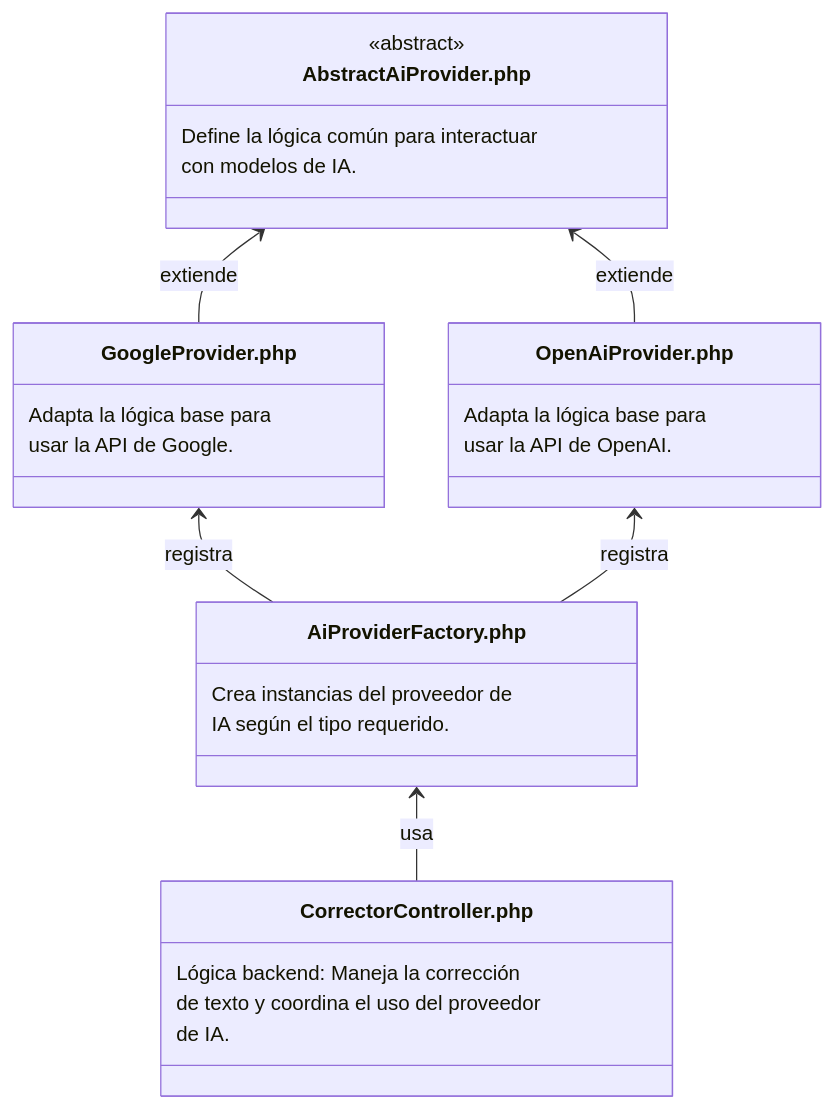
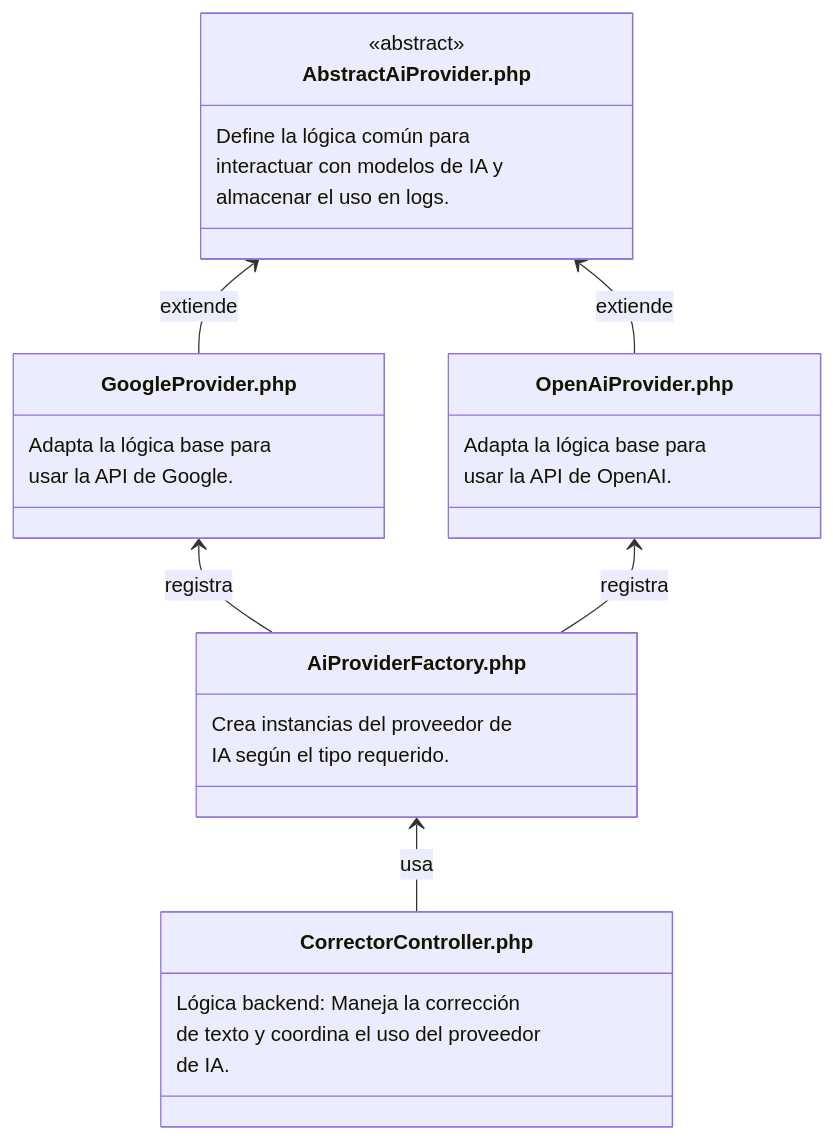
Before and after one commit to SaanRM/notas-sintecto: the first of 3 diagrams in docs/IA/Proyectos/CorrectorDeTexto.md, drawn with Mermaid. The commit also changed other lines of this file, not shown here.

````diff
--- a/docs/IA/Proyectos/CorrectorDeTexto.md
+++ b/docs/IA/Proyectos/CorrectorDeTexto.md
@@ -24,42 +24,43 @@
 ```mermaid
 
 classDiagram
     direction TB
 
     %% Clase abstracta base
     class AbstractAiProvider.php {
         <<abstract>>
-        Define la lógica común para interactuar
-        con modelos de IA.
+        Define la lógica común para 
+        interactuar con modelos de IA y 
+        almacenar el uso en logs.
     }
     AbstractAiProvider.php <-- GoogleProvider.php : extiende
     AbstractAiProvider.php <-- OpenAiProvider.php : extiende
 
     %% Proveedores concretos
     class GoogleProvider.php {
         Adapta la lógica base para 
         usar la API de Google.
     }
     class OpenAiProvider.php {
         Adapta la lógica base para 
         usar la API de OpenAI.
     }
 
     GoogleProvider.php <-- AiProviderFactory.php : registra
     OpenAiProvider.php <-- AiProviderFactory.php : registra
 
     %% Fábrica de proveedores
     class AiProviderFactory.php {
         Crea instancias del proveedor de 
         IA según el tipo requerido.
     }
     AiProviderFactory.php <-- CorrectorController.php : usa
 
     %% Controller de corrección
     class CorrectorController.php {
         Lógica backend:  Maneja la corrección 
         de texto y coordina el uso del proveedor 
         de IA.
     }
 
 ```
````
